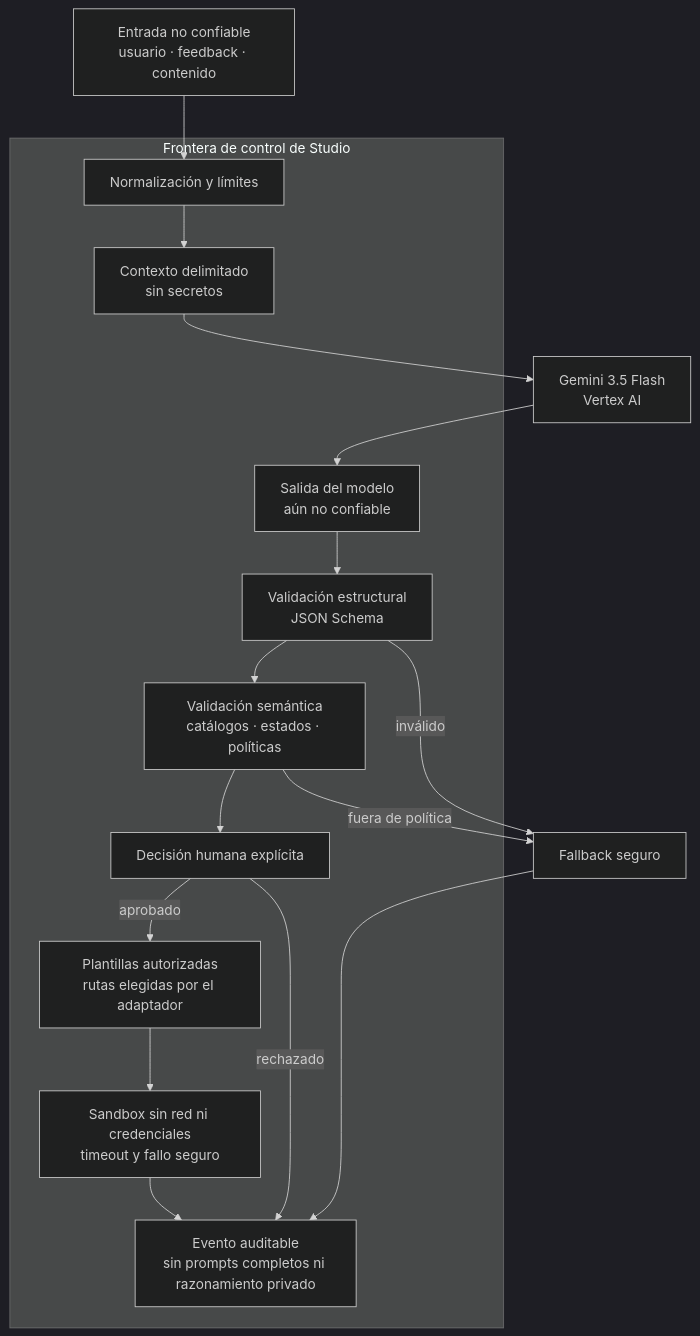
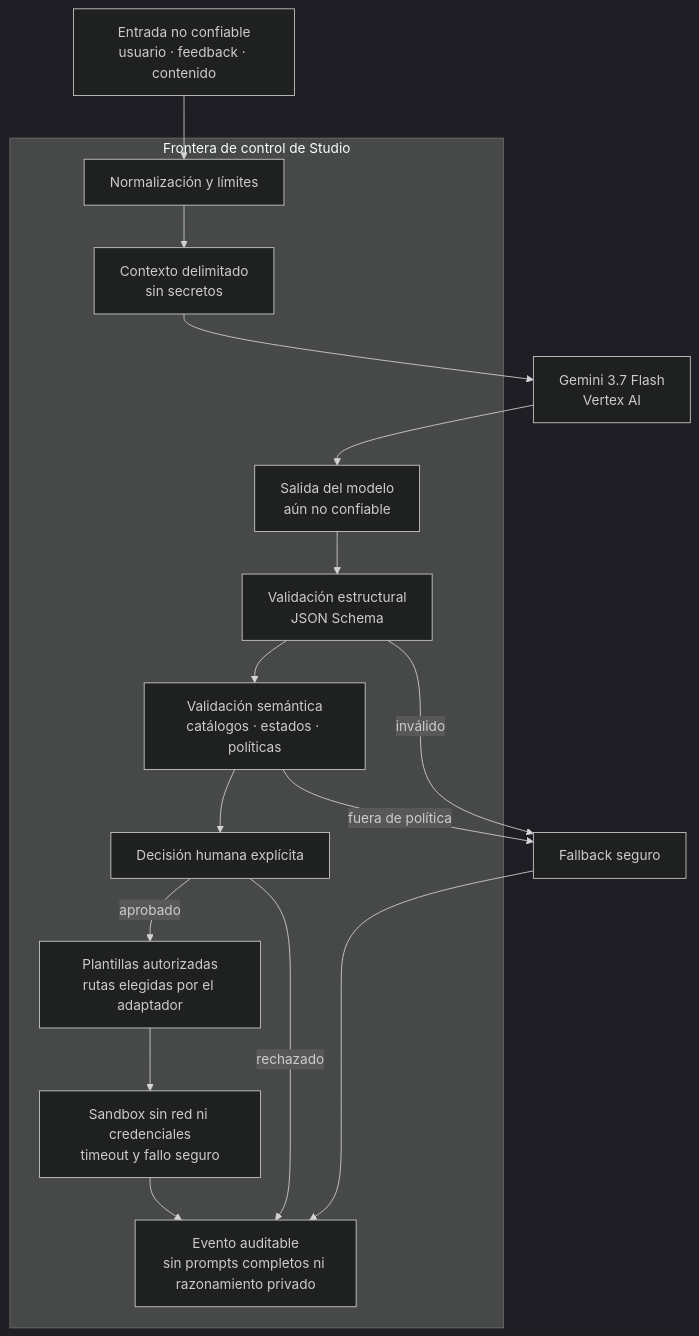
The fourth of 5 diagrams in docs/12_DIAGRAMA_ARQUITECTURA_FINAL.md (JavierMurcia/collaborative-taskmaster-studio), drawn with Mermaid (dark theme) before and after one commit. The commit also changed other lines of this file and 17 other files, not shown here.

````diff
--- a/docs/12_DIAGRAMA_ARQUITECTURA_FINAL.md
+++ b/docs/12_DIAGRAMA_ARQUITECTURA_FINAL.md
@@ -90,25 +122,25 @@
 ```mermaid
 flowchart TB
     INPUT["Entrada no confiable<br/>usuario · feedback · contenido"]
 
     subgraph CONTROL["Frontera de control de Studio"]
         NORMALIZE["Normalización y límites"]
         PROMPT["Contexto delimitado<br/>sin secretos"]
         OUTPUT["Salida del modelo<br/>aún no confiable"]
         SCHEMA["Validación estructural<br/>JSON Schema"]
         SEMANTIC["Validación semántica<br/>catálogos · estados · políticas"]
         APPROVAL["Decisión humana explícita"]
         TEMPLATE["Plantillas autorizadas<br/>rutas elegidas por el adaptador"]
         SANDBOX["Sandbox sin red ni credenciales<br/>timeout y fallo seguro"]
         EVENT["Evento auditable<br/>sin prompts completos ni razonamiento privado"]
     end
 
     INPUT --> NORMALIZE --> PROMPT
-    PROMPT --> MODEL["Gemini 3.5 Flash<br/>Vertex AI"]
+    PROMPT --> MODEL["Gemini 3.7 Flash<br/>Vertex AI"]
     MODEL --> OUTPUT --> SCHEMA --> SEMANTIC
     SEMANTIC --> APPROVAL
     APPROVAL -->|aprobado| TEMPLATE --> SANDBOX --> EVENT
     SCHEMA -->|inválido| FALLBACK["Fallback seguro"] --> EVENT
     SEMANTIC -->|fuera de política| FALLBACK
     APPROVAL -->|rechazado| EVENT
 ```
````
